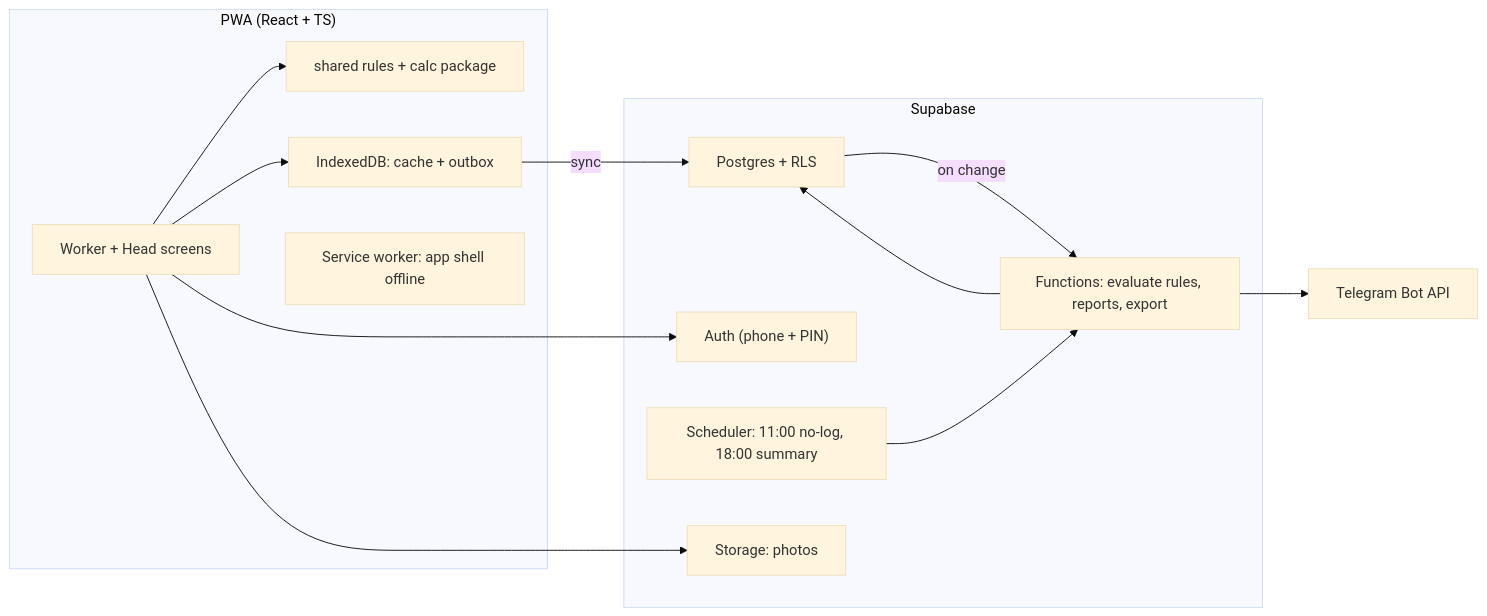
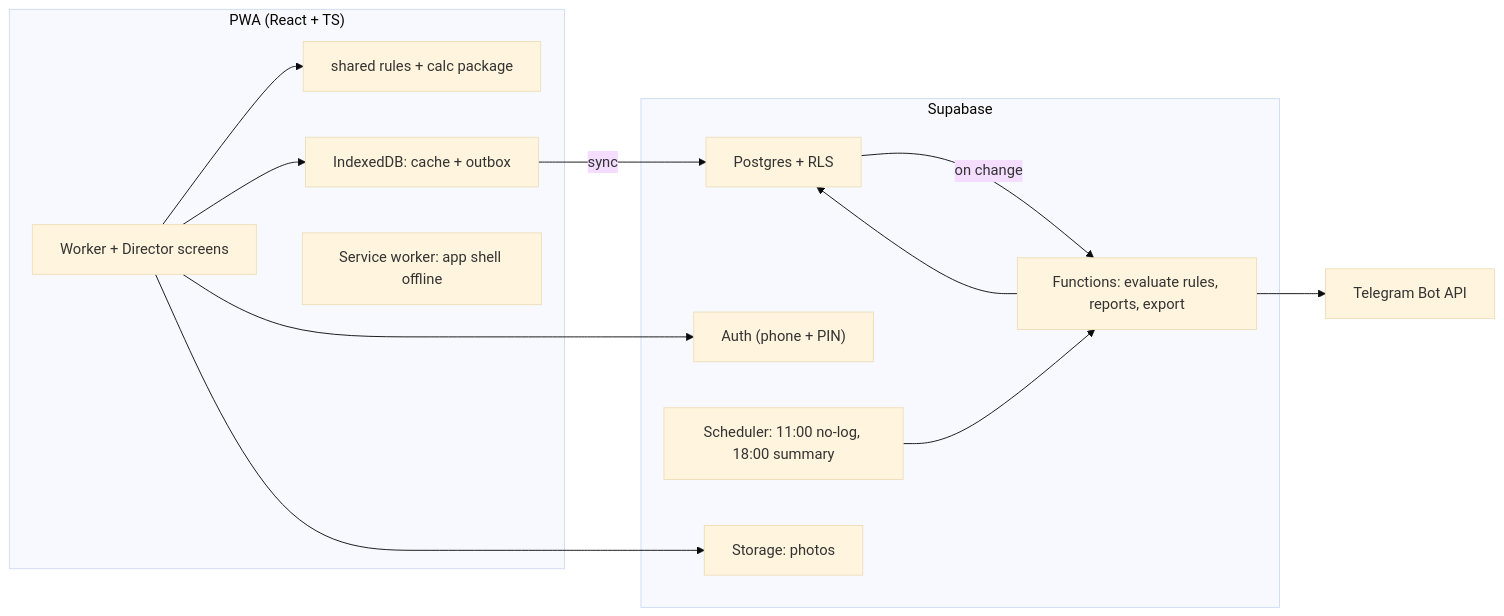
The second of 3 diagrams in docs/tz-broiler-farm-app.md (Nursul7an/poultry-farm), drawn with Mermaid (base theme) before and after one commit. The commit also changed other lines of this file and 10 other files, not shown here.

````diff
--- a/docs/tz-broiler-farm-app.md
+++ b/docs/tz-broiler-farm-app.md
@@ -165,26 +167,26 @@
 ```mermaid
 flowchart LR
   subgraph Client["PWA (React + TS)"]
-    UI["Worker + Head screens"]
+    UI["Worker + Director screens"]
     RULES["shared rules + calc package"]
     IDB["IndexedDB: cache + outbox"]
     SW["Service worker: app shell offline"]
   end
   subgraph Server["Supabase"]
     AUTH["Auth (phone + PIN)"]
     PG["Postgres + RLS"]
     FN["Functions: evaluate rules, reports, export"]
     CRON["Scheduler: 11:00 no-log, 18:00 summary"]
     ST["Storage: photos"]
   end
   TG["Telegram Bot API"]
   UI --> RULES
   UI --> IDB
   IDB -->|sync| PG
   UI --> AUTH
   PG -->|on change| FN
   CRON --> FN
   FN --> PG
   FN --> TG
   UI --> ST
 ```
````
